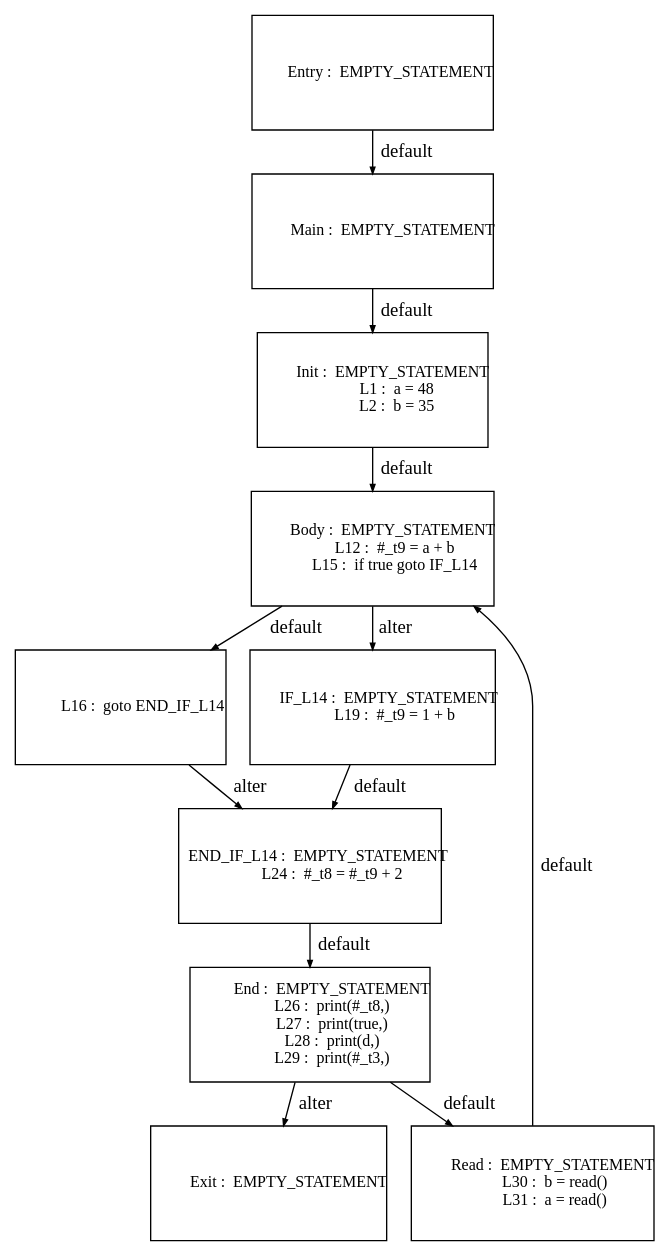
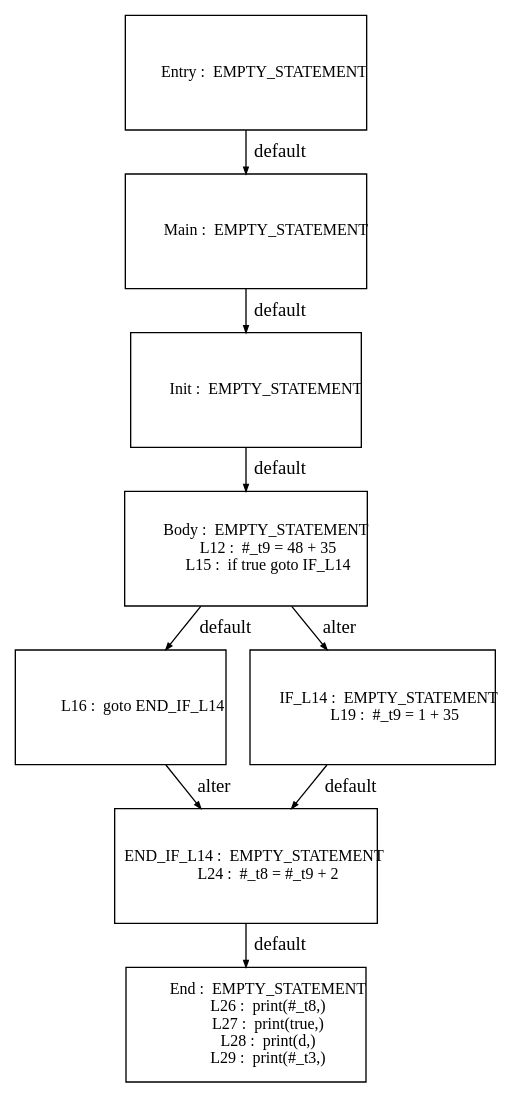
One commit to Geoffrey1014/ST_DSE changed the diagram in tests_programs/dataflow/08_test_output/Graph_DSE_0.dot. Above: the diagram before and after it, drawn with Graphviz. The commit also changed 19 other files, not shown here.

```diff
--- a/tests_programs/dataflow/08_test_output/Graph_DSE_0.dot
+++ b/tests_programs/dataflow/08_test_output/Graph_DSE_0.dot
@@ -1,95 +1,62 @@
 digraph G {
   ranksep=.25;
   edge [arrowsize=.5]
   node [shape=rectangle, fontname="ArialNarrow",
         fontsize=12,  height=1.2];
   "           Main :  EMPTY_STATEMENT
 "; "           Init :  EMPTY_STATEMENT
-             L1 :  a = 48
-             L2 :  b = 35
 "; "           Body :  EMPTY_STATEMENT
-            L12 :  #_t9 = a + b
+            L12 :  #_t9 = 48 + 35
             L15 :  if true goto IF_L14
 "; "            L16 :  goto END_IF_L14
 "; "         IF_L14 :  EMPTY_STATEMENT
-            L19 :  #_t9 = 1 + b
+            L19 :  #_t9 = 1 + 35
 "; "     END_IF_L14 :  EMPTY_STATEMENT
             L24 :  #_t8 = #_t9 + 2
 "; "          Entry :  EMPTY_STATEMENT
 "; "            End :  EMPTY_STATEMENT
             L26 :  print(#_t8,)
             L27 :  print(true,)
             L28 :  print(d,)
             L29 :  print(#_t3,)
-"; "           Exit :  EMPTY_STATEMENT
-"; "           Read :  EMPTY_STATEMENT
-            L30 :  b = read()
-            L31 :  a = read()
 "; 
   "           Main :  EMPTY_STATEMENT
 " -> "           Init :  EMPTY_STATEMENT
-             L1 :  a = 48
-             L2 :  b = 35
 "  [label="default"];
   "           Init :  EMPTY_STATEMENT
-             L1 :  a = 48
-             L2 :  b = 35
 " -> "           Body :  EMPTY_STATEMENT
-            L12 :  #_t9 = a + b
+            L12 :  #_t9 = 48 + 35
             L15 :  if true goto IF_L14
 "  [label="default"];
   "           Body :  EMPTY_STATEMENT
-            L12 :  #_t9 = a + b
+            L12 :  #_t9 = 48 + 35
             L15 :  if true goto IF_L14
 " -> "            L16 :  goto END_IF_L14
 "  [label="default"];
   "           Body :  EMPTY_STATEMENT
-            L12 :  #_t9 = a + b
+            L12 :  #_t9 = 48 + 35
             L15 :  if true goto IF_L14
 " -> "         IF_L14 :  EMPTY_STATEMENT
-            L19 :  #_t9 = 1 + b
+            L19 :  #_t9 = 1 + 35
 "  [label="alter"];
   "            L16 :  goto END_IF_L14
 " -> "     END_IF_L14 :  EMPTY_STATEMENT
             L24 :  #_t8 = #_t9 + 2
 "  [label="alter"];
   "         IF_L14 :  EMPTY_STATEMENT
-            L19 :  #_t9 = 1 + b
+            L19 :  #_t9 = 1 + 35
 " -> "     END_IF_L14 :  EMPTY_STATEMENT
             L24 :  #_t8 = #_t9 + 2
 "  [label="default"];
   "     END_IF_L14 :  EMPTY_STATEMENT
             L24 :  #_t8 = #_t9 + 2
 " -> "            End :  EMPTY_STATEMENT
             L26 :  print(#_t8,)
             L27 :  print(true,)
             L28 :  print(d,)
             L29 :  print(#_t3,)
 "  [label="default"];
   "          Entry :  EMPTY_STATEMENT
 " -> "           Main :  EMPTY_STATEMENT
 "  [label="default"];
-  "            End :  EMPTY_STATEMENT
-            L26 :  print(#_t8,)
-            L27 :  print(true,)
-            L28 :  print(d,)
-            L29 :  print(#_t3,)
-" -> "           Read :  EMPTY_STATEMENT
-            L30 :  b = read()
-            L31 :  a = read()
-"  [label="default"];
-  "            End :  EMPTY_STATEMENT
-            L26 :  print(#_t8,)
-            L27 :  print(true,)
-            L28 :  print(d,)
-            L29 :  print(#_t3,)
-" -> "           Exit :  EMPTY_STATEMENT
-"  [label="alter"];
-  "           Read :  EMPTY_STATEMENT
-            L30 :  b = read()
-            L31 :  a = read()
-" -> "           Body :  EMPTY_STATEMENT
-            L12 :  #_t9 = a + b
-            L15 :  if true goto IF_L14
-"  [label="default"];
 }
```
